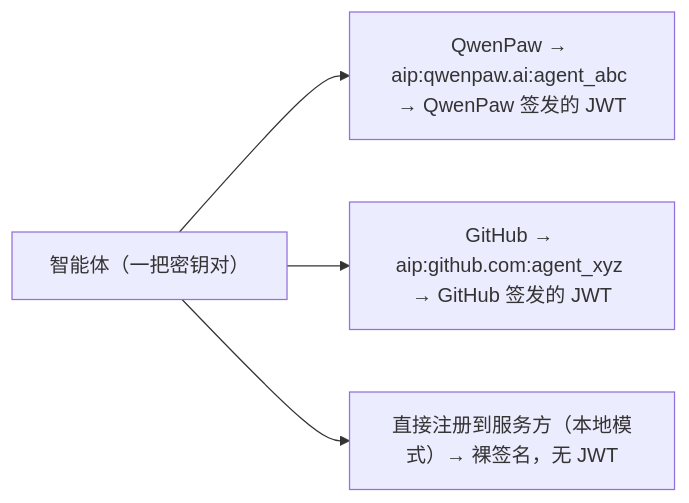
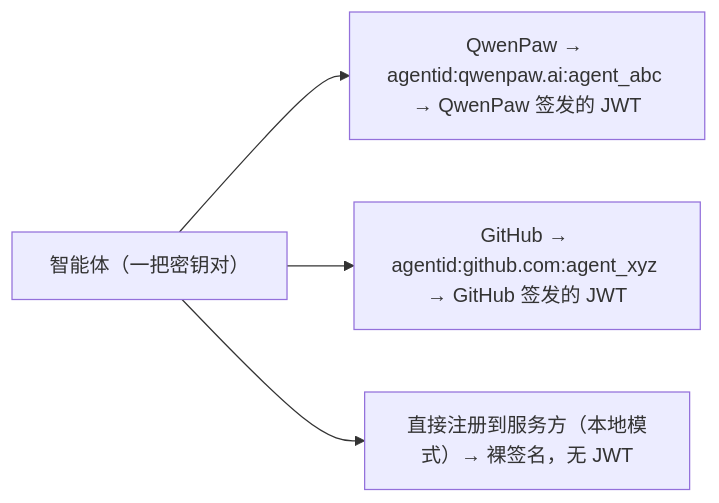
The seventh of 15 diagrams in design/2026-03-25-agentid.zh.md (agentscope-ai/agent-identity), drawn with Mermaid before and after one commit. The commit also changed other lines of this file and 12 other files, not shown here.

First line of the commit message:
URN scheme: aip:* → agentid:*

````diff
--- a/design/2026-03-25-agentid.zh.md
+++ b/design/2026-03-25-agentid.zh.md
@@ -418,6 +418,6 @@
 ```mermaid
 graph LR
-    A["智能体（一把密钥对）"] --> C["QwenPaw → aip:qwenpaw.ai:agent_abc → QwenPaw 签发的 JWT"]
-    A --> G["GitHub → aip:github.com:agent_xyz → GitHub 签发的 JWT"]
+    A["智能体（一把密钥对）"] --> C["QwenPaw → agentid:qwenpaw.ai:agent_abc → QwenPaw 签发的 JWT"]
+    A --> G["GitHub → agentid:github.com:agent_xyz → GitHub 签发的 JWT"]
     A --> L["直接注册到服务方（本地模式）→ 裸签名，无 JWT"]
 ```
````
